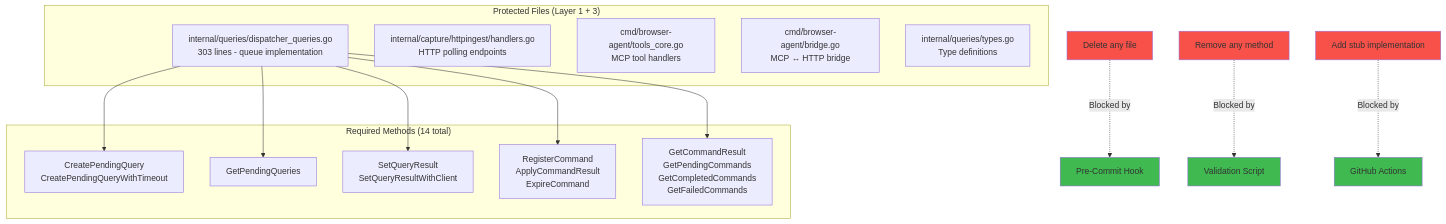
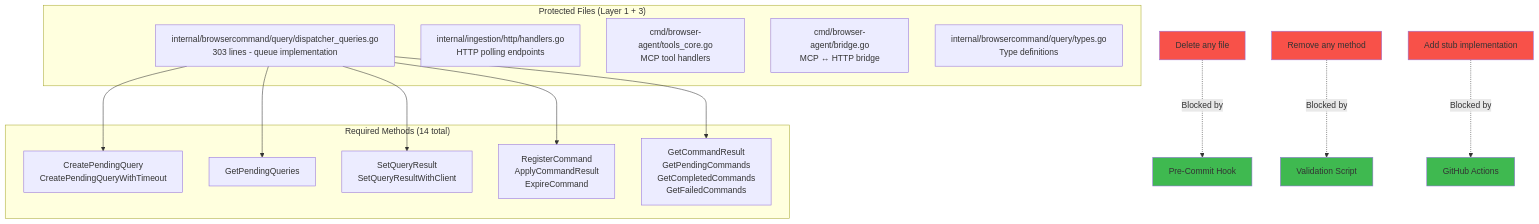
Before and after one commit to brennhill/Kaboom-Browser-AI-Devtools-MCP: the fifth of 6 diagrams in docs/architecture/diagrams/quality/5-layer-protection.md, drawn with Mermaid. The commit also changed other lines of this file and 2067 other files, not shown here.

````diff
--- a/docs/architecture/diagrams/quality/5-layer-protection.md
+++ b/docs/architecture/diagrams/quality/5-layer-protection.md
@@ -193,35 +193,35 @@
 ```mermaid
 graph TB
     subgraph "Protected Files (Layer 1 + 3)"
-        F1[internal/queries/dispatcher_queries.go<br/>303 lines - queue implementation]
-        F2[internal/capture/httpingest/handlers.go<br/>HTTP polling endpoints]
+        F1[internal/browsercommand/query/dispatcher_queries.go<br/>303 lines - queue implementation]
+        F2[internal/ingestion/http/handlers.go<br/>HTTP polling endpoints]
         F3[cmd/browser-agent/tools_core.go<br/>MCP tool handlers]
         F4[cmd/browser-agent/bridge.go<br/>MCP ↔ HTTP bridge]
-        F5[internal/queries/types.go<br/>Type definitions]
+        F5[internal/browsercommand/query/types.go<br/>Type definitions]
     end
 
     subgraph "Required Methods (14 total)"
         M1[CreatePendingQuery<br/>CreatePendingQueryWithTimeout]
         M2[GetPendingQueries]
         M3[SetQueryResult<br/>SetQueryResultWithClient]
         M4[RegisterCommand<br/>ApplyCommandResult<br/>ExpireCommand]
         M5[GetCommandResult<br/>GetPendingCommands<br/>GetCompletedCommands<br/>GetFailedCommands]
     end
 
     F1 --> M1
     F1 --> M2
     F1 --> M3
     F1 --> M4
     F1 --> M5
 
     Delete[Delete any file] -.->|Blocked by| Layer1[Pre-Commit Hook]
     Remove[Remove any method] -.->|Blocked by| Layer3[Validation Script]
     Stub[Add stub implementation] -.->|Blocked by| Layer4[GitHub Actions]
 
     style Delete fill:#f85149
     style Remove fill:#f85149
     style Stub fill:#f85149
     style Layer1 fill:#3fb950
     style Layer3 fill:#3fb950
     style Layer4 fill:#3fb950
 ```
````
